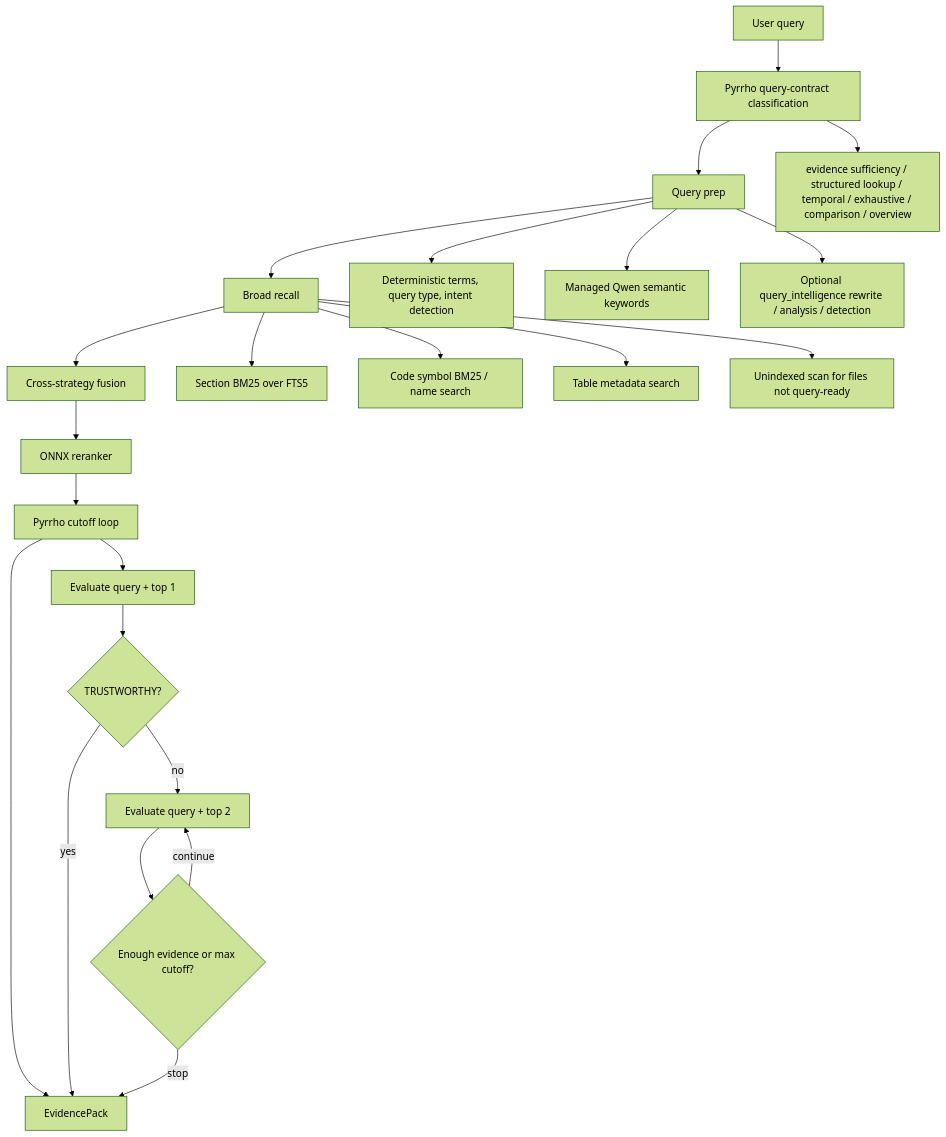
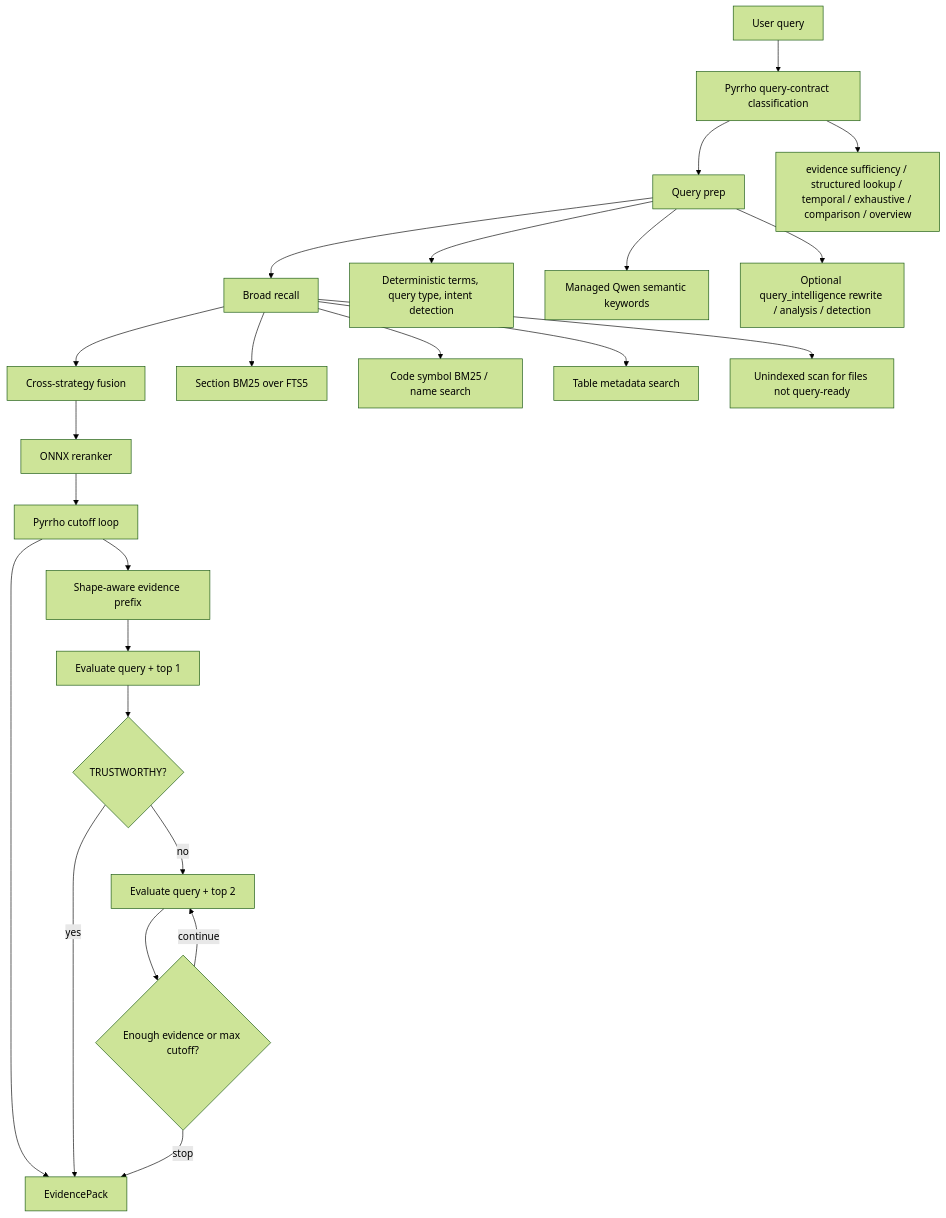
The second of 4 diagrams in docs/RETRIEVAL_PIPELINE.md (yafitzdev/fitz), drawn with Mermaid (forest theme) before and after one commit. The commit also changed other lines of this file and 3 other files, not shown here.

Commit message:
Document retrieval cutoff and query UX updates

````diff
--- a/docs/RETRIEVAL_PIPELINE.md
+++ b/docs/RETRIEVAL_PIPELINE.md
@@ -66,29 +66,30 @@
 ```mermaid
 flowchart TD
     Q["User query"] --> C["Pyrrho query-contract classification"]
     C --> P["Query prep"]
     P --> R["Broad recall"]
     R --> X["Cross-strategy fusion"]
     X --> K["ONNX reranker"]
     K --> G["Pyrrho cutoff loop"]
     G --> E["EvidencePack"]
 
     C --> C1["evidence sufficiency / structured lookup / temporal / exhaustive / comparison / overview"]
 
     P --> P1["Deterministic terms, query type, intent detection"]
     P --> P2["Managed Qwen semantic keywords"]
     P --> P3["Optional query_intelligence rewrite / analysis / detection"]
 
     R --> R1["Section BM25 over FTS5"]
     R --> R2["Code symbol BM25 / name search"]
     R --> R3["Table metadata search"]
     R --> R4["Unindexed scan for files not query-ready"]
 
-    G --> G1["Evaluate query + top 1"]
-    G1 --> G2{"TRUSTWORTHY?"}
-    G2 -->|"yes"| E
-    G2 -->|"no"| G3["Evaluate query + top 2"]
-    G3 --> G4{"Enough evidence or max cutoff?"}
-    G4 -->|"continue"| G3
-    G4 -->|"stop"| E
+    G --> G1["Shape-aware evidence prefix"]
+    G1 --> G2["Evaluate query + top 1"]
+    G2 --> G3{"TRUSTWORTHY?"}
+    G3 -->|"yes"| E
+    G3 -->|"no"| G4["Evaluate query + top 2"]
+    G4 --> G5{"Enough evidence or max cutoff?"}
+    G5 -->|"continue"| G4
+    G5 -->|"stop"| E
 ```
````
